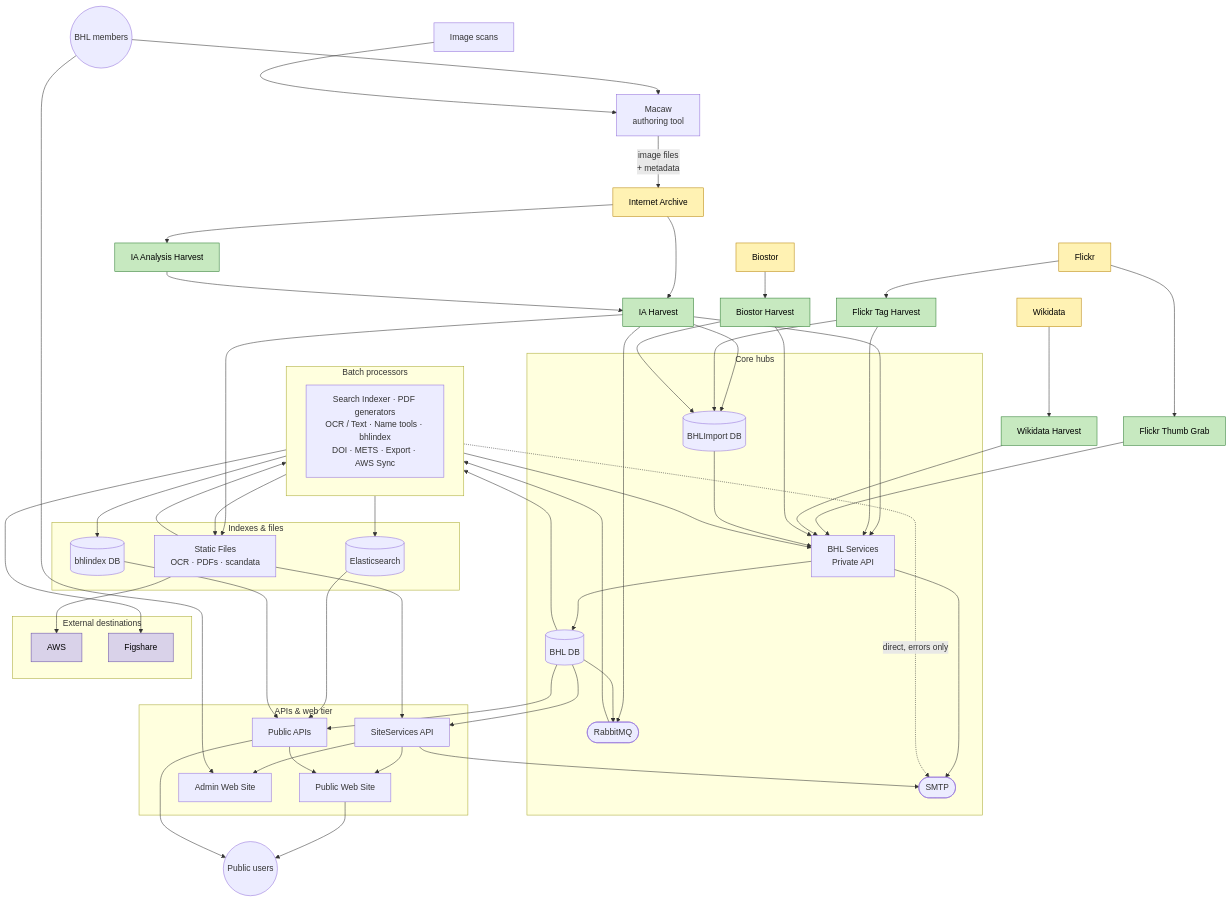
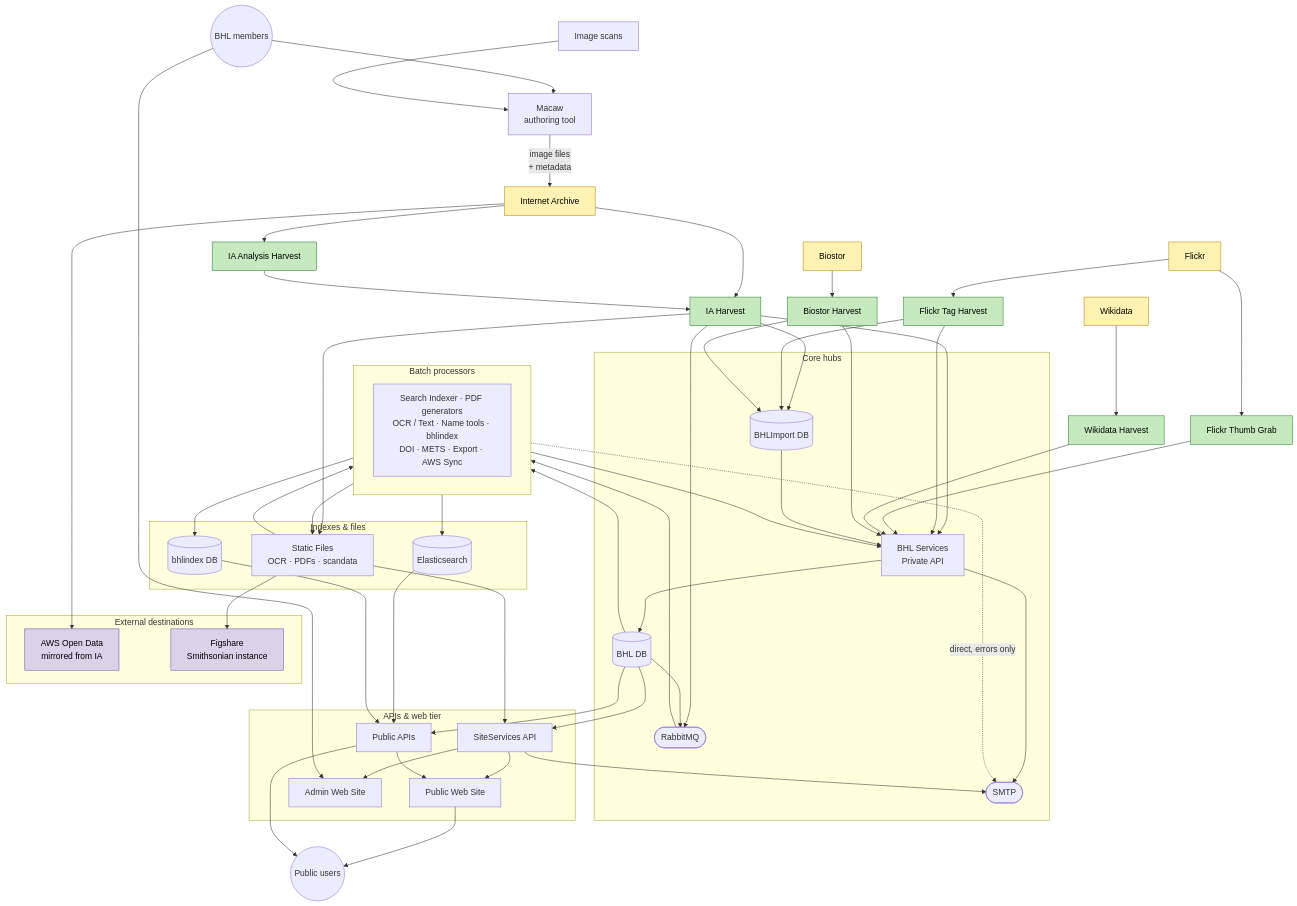
The diagram in diagrams/overview.md (rdmpage/bhl-data-flows), drawn with Mermaid before and after one commit. The commit also changed 1 other file, not shown here.

Commit message:
Clarify AWS Open Data and Figshare as real downstream datasets
AWS = BHL Open Data on AWS, mirrored from the BHL collection on IA
(registry.opendata.aws/bhl-open-data/), so the edge is IA -> AWS not
Files -> AWS. Figshare = the Smithsonian instance, receiving OCR and
text data dumps from Static Files. Neither sync runs from bhl-us code,
but both destinations are real - reclassify from "uncertain" to
external, update labels, and rewrite the caveat section accordingly.
Overview edges and labels updated to match.

```diff
--- a/diagrams/overview.md
+++ b/diagrams/overview.md
@@ -52,8 +52,8 @@
     BHLMembers((BHL members))
 
     subgraph Outbound["External destinations"]
-        AWS[AWS]
-        Figshare[Figshare]
+        AWS[AWS Open Data<br/>mirrored from IA]
+        Figshare[Figshare<br/>Smithsonian instance]
     end
 
     PublicUsers((Public users))
@@ -113,8 +113,9 @@
     Macaw -- "image files<br/>+ metadata" --> IA
 
     %% --- Outbound / side-effects ---
-    Files --> AWS
-    Processing --> Figshare
+    %% AWS Open Data is mirrored from IA, not pushed from BHL's Static Files
+    IA --> AWS
+    Files --> Figshare
     PrivAPI --> SMTP
     SiteSvc --> SMTP
     Processing -. "direct, errors only" .-> SMTP
```
